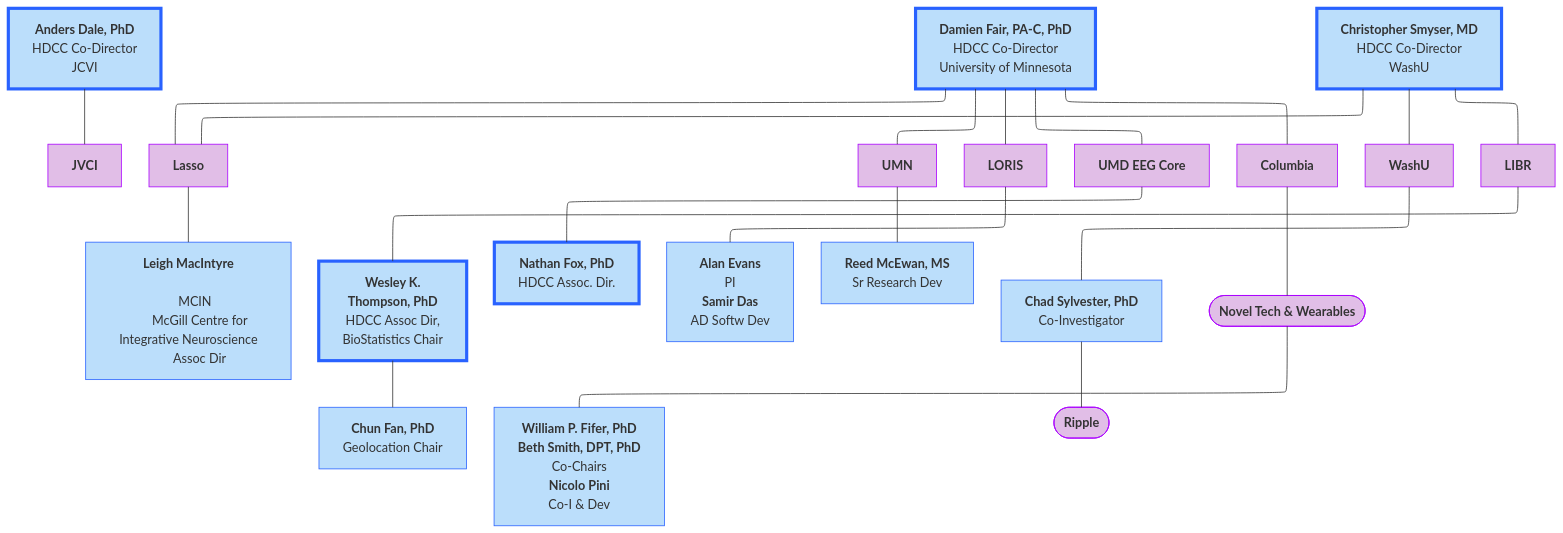
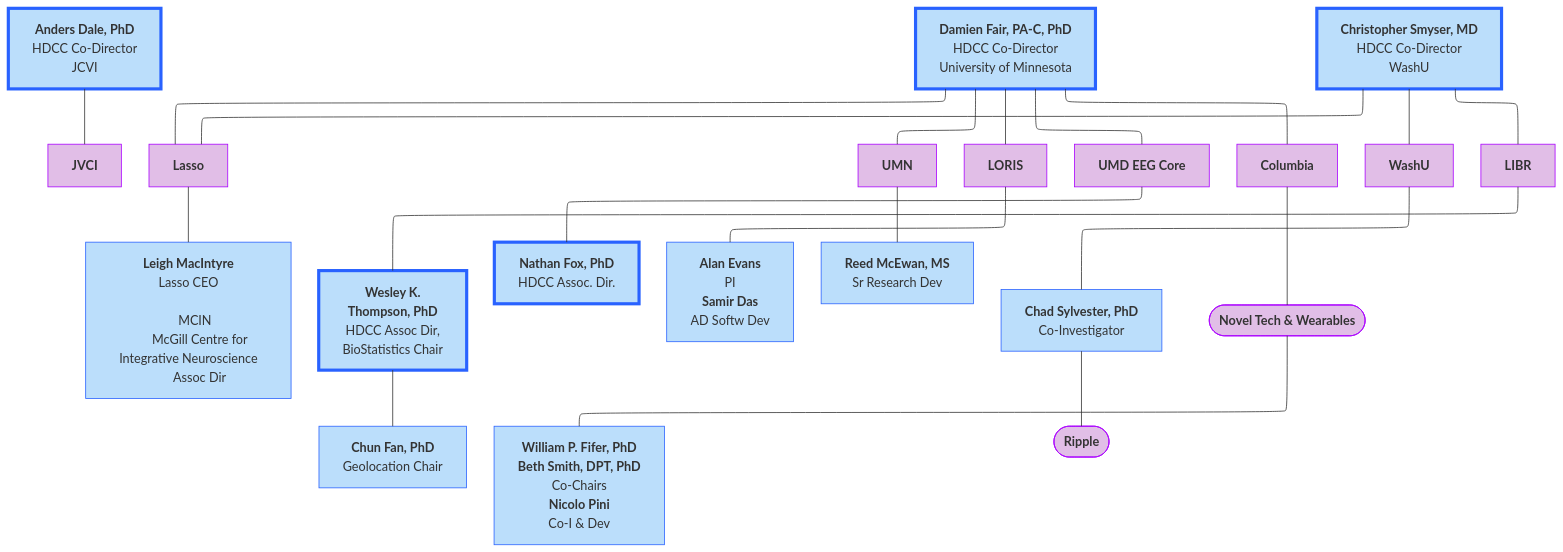
The first of 9 diagrams in docs/orgcharts.md (DCAN-Labs/hbcd-docs-internal), drawn with Mermaid before and after one commit.

Commit message:
add Lasso CEO to leigh

````diff
--- a/docs/orgcharts.md
+++ b/docs/orgcharts.md
@@ -12,50 +12,50 @@
 ```mermaid
 ---
 config:
   layout: elk
 ---
 flowchart TB
     n2["<b>Anders Dale, PhD<br></b>HDCC Co-Director<br>JCVI"] --- jvci["<b>JVCI</b>"]
     E["<b>Damien Fair, PA-C, PhD</b><br>HDCC Co-Director<br>University of Minnesota"] --- lasso["<b>Lasso</b>"] & umn["<b>UMN</b>"] & n7["<b>LORIS</b>"] & n8["<b>UMD EEG Core</b>"] & n11["<b>Columbia</b>"]
-    lasso --- lasso1["<b>Leigh MacIntyre</b><br>
+    lasso --- lasso1["<b>Leigh MacIntyre</b><br>Lasso CEO<br>
     <span class="tooltip">MCIN
         <span class="tooltiptext">McGill Centre for Integrative Neuroscience</span>
       </span> Assoc Dir"]
     n1["<b>Christopher Smyser, MD<br></b>HDCC Co-Director<br>WashU"] --- n10["<b>WashU</b><br>"] & n12["<b>LIBR</b>"] & lasso
     n16["<b>Wesley K.<br>Thompson, PhD</b><br>HDCC Assoc Dir,<br>BioStatistics Chair"] --- n17["<b>Chun Fan, PhD</b><br>Geolocation Chair"]
     n12 --- n16
     n8 --- n19["<b>Nathan Fox, PhD<br></b>HDCC Assoc. Dir."]
     n7 --- n20["<b>Alan Evans</b><br>PI<br><b>Samir Das</b><br>AD Softw Dev"]
     umn --- reed["<b>Reed McEwan, MS</b><br>Sr Research Dev"]
     n10 --- n22["<b>Chad Sylvester, PhD</b><br>Co-Investigator"]
     n11 --- n23(["<b>Novel Tech &amp; Wearables</b>"])
     n23 --- n18["<b>William P. Fifer, PhD</b><br><b>Beth Smith, DPT, PhD</b><br>Co-Chairs<br><b>Nicolo Pini<br></b>Co-I &amp; Dev"]
     n22 --- n24(["<b>Ripple</b>"])
     style n2 fill:#BBDEFB,stroke:#2962FF,stroke-width:4px
     style jvci fill:#E1BEE7,stroke:#AA00FF
     style E fill:#BBDEFB,stroke:#2962FF,stroke-width:4px
     style lasso fill:#E1BEE7,stroke:#AA00FF
     style umn fill:#E1BEE7,stroke:#AA00FF
     style n7 fill:#E1BEE7,stroke:#AA00FF
     style n8 fill:#E1BEE7,stroke:#AA00FF
     style n11 fill:#E1BEE7,stroke:#AA00FF
     style lasso1 fill:#BBDEFB,stroke:#2962FF
     style n1 fill:#BBDEFB,stroke:#2962FF,stroke-width:4px
     style n10 fill:#E1BEE7,stroke:#AA00FF
     style n12 fill:#E1BEE7,stroke:#AA00FF
     style n16 fill:#BBDEFB,stroke:#2962FF,stroke-width:4px
     style n17 fill:#BBDEFB,stroke:#2962FF
     style n19 fill:#BBDEFB,stroke:#2962FF,stroke-width:4px
     style n20 fill:#BBDEFB,stroke:#2962FF
     style reed fill:#BBDEFB,stroke:#2962FF
     style n22 fill:#BBDEFB,stroke:#2962FF
     style n23 fill:#E1BEE7,stroke:#AA00FF
     style n18 fill:#BBDEFB,stroke:#2962FF
     style n24 fill:#E1BEE7,stroke:#AA00FF
     click jvci "#j-craig-venter-institute"
     click lasso "#lasso"
     click umn "#university-of-minnesota"
     click n7 "#loris"
     click n8 "#umd-eeg-core"
     click n10 "#washu"
 ```
````
